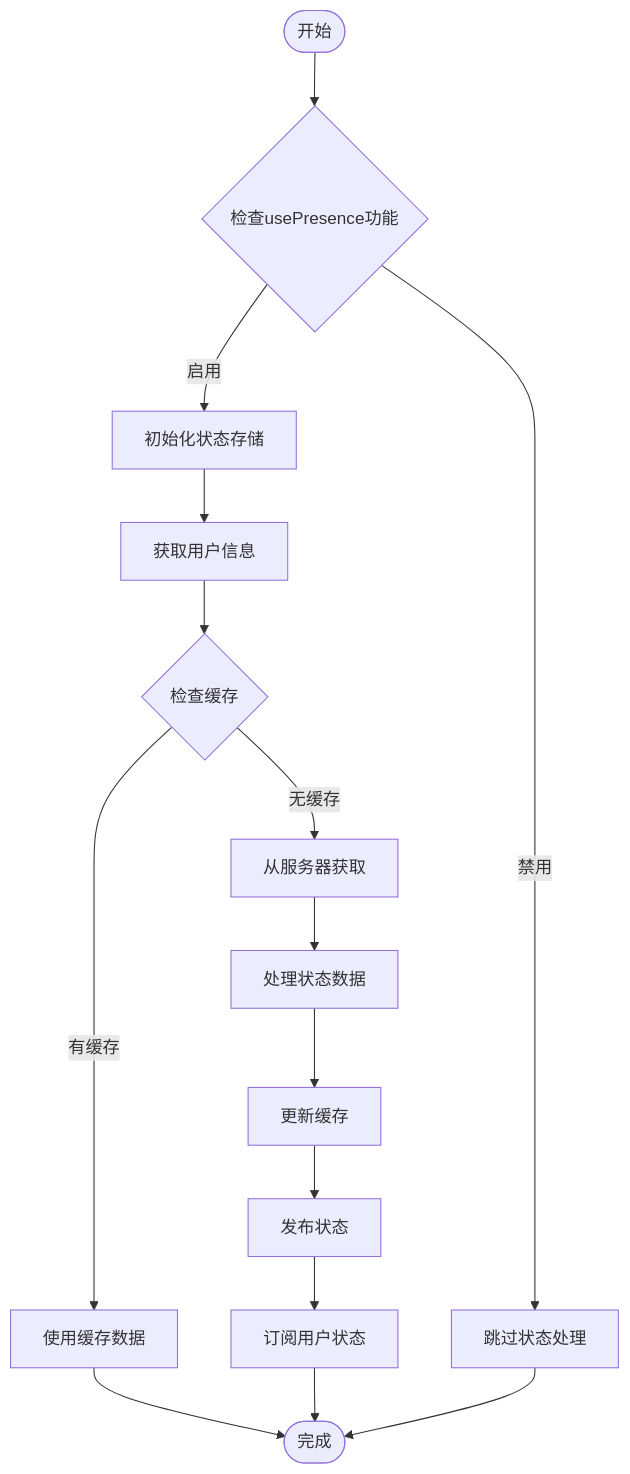
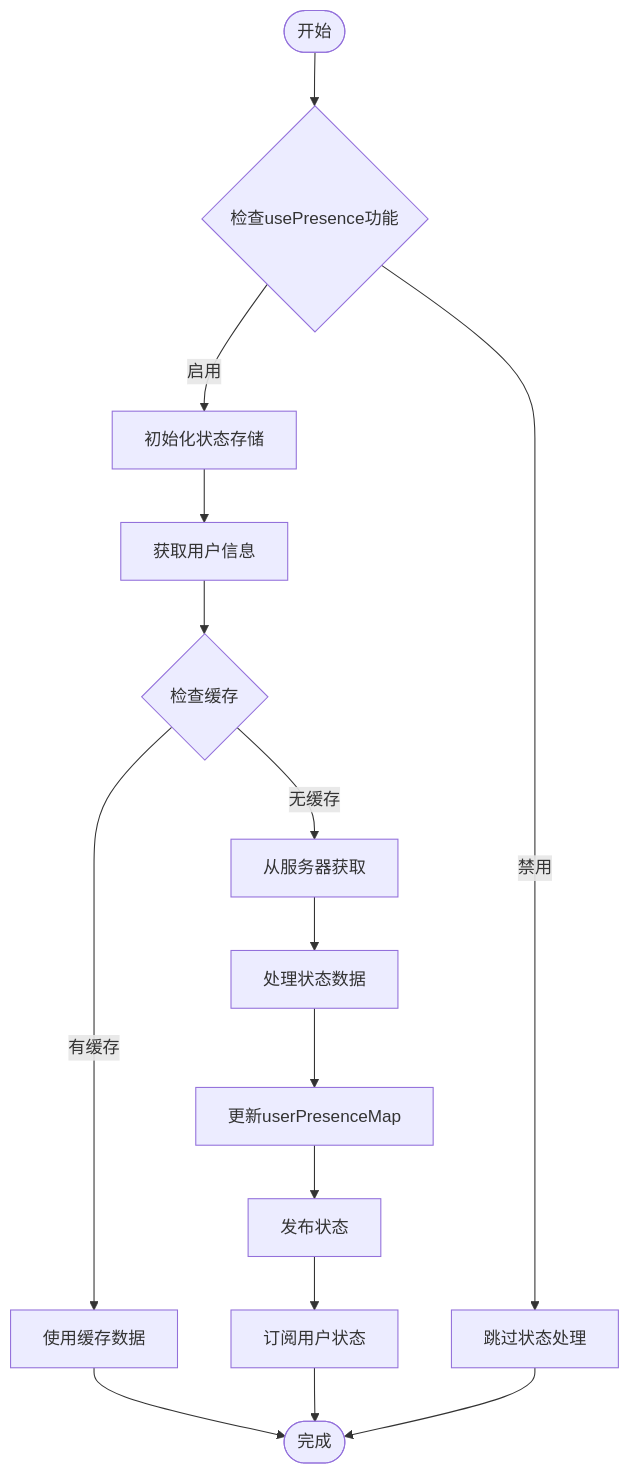
Before and after one commit to Easemob-Community/easemob-uikit-uniapp-community: the fourth of 9 diagrams in .qoder/repowiki/zh/content/Presence Indicator Controls.md, drawn with Mermaid. The commit also changed other lines of this file and 5 other files, not shown here.

````diff
--- a/.qoder/repowiki/zh/content/Presence Indicator Controls.md
+++ b/.qoder/repowiki/zh/content/Presence Indicator Controls.md
@@ -162,17 +191,17 @@
 ```mermaid
 flowchart TD
 Start([开始]) --> CheckFeature{"检查usePresence功能"}
 CheckFeature --> |启用| InitStore["初始化状态存储"]
 CheckFeature --> |禁用| SkipStore["跳过状态处理"]
 InitStore --> GetInfo["获取用户信息"]
 GetInfo --> CheckCache{"检查缓存"}
 CheckCache --> |有缓存| UseCache["使用缓存数据"]
 CheckCache --> |无缓存| FetchServer["从服务器获取"]
 FetchServer --> ProcessData["处理状态数据"]
-ProcessData --> UpdateCache["更新缓存"]
+ProcessData --> UpdateCache["更新userPresenceMap"]
 UpdateCache --> PublishStatus["发布状态"]
 PublishStatus --> SubscribeUsers["订阅用户状态"]
 SubscribeUsers --> End([完成])
 SkipStore --> End
 UseCache --> End
 ```
````
